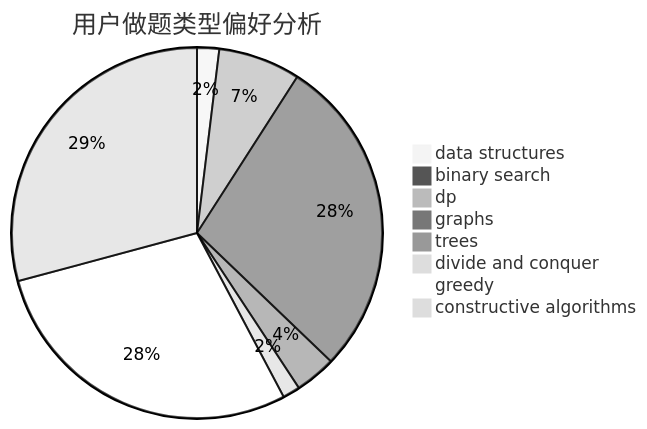
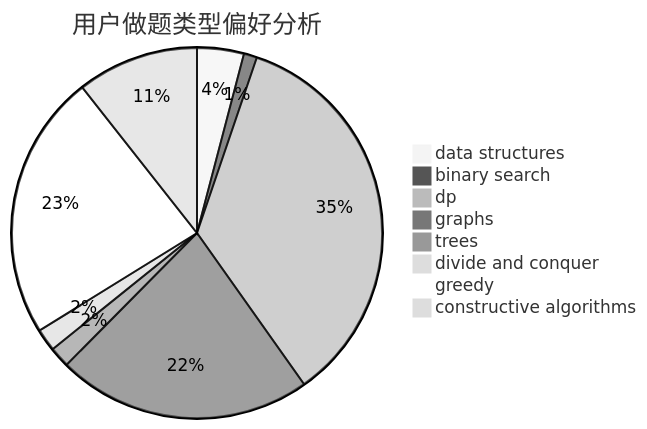
The second of 3 diagrams in docs/user/u907.md (sherpahu/cfrs.github.io), drawn with Mermaid (neutral theme) before and after one commit. The commit also changed other lines of this file and 2770 other files, not shown here.

````diff
--- a/docs/user/u907.md
+++ b/docs/user/u907.md
@@ -23,11 +23,11 @@
 ```mermaid
 pie title 用户做题类型偏好分析
-    "data structures" :  28
+    "data structures" :  25
     "binary search" :  7
-    "dp" :  104
-    "graphs" :  408
-    "trees" :  52
-    "divide and conquer" :  22
-    "greedy" :  415
-    "constructive algorithms" :  424
+    "dp" :  214
+    "graphs" :  136
+    "trees" :  11
+    "divide and conquer" :  12
+    "greedy" :  142
+    "constructive algorithms" :  65
 ```
````
